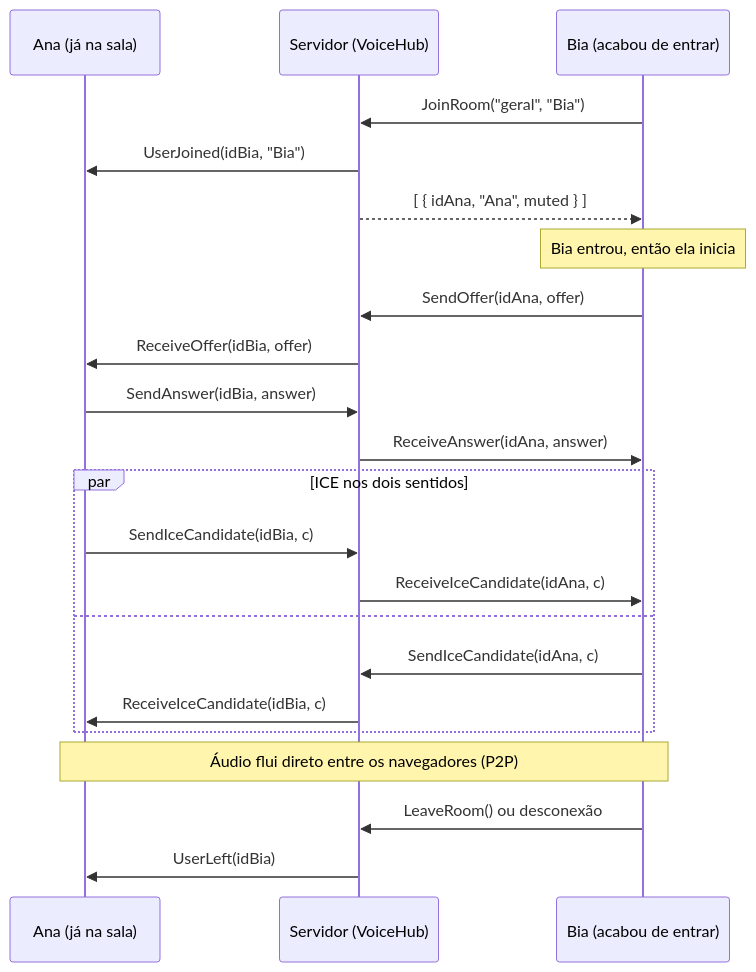
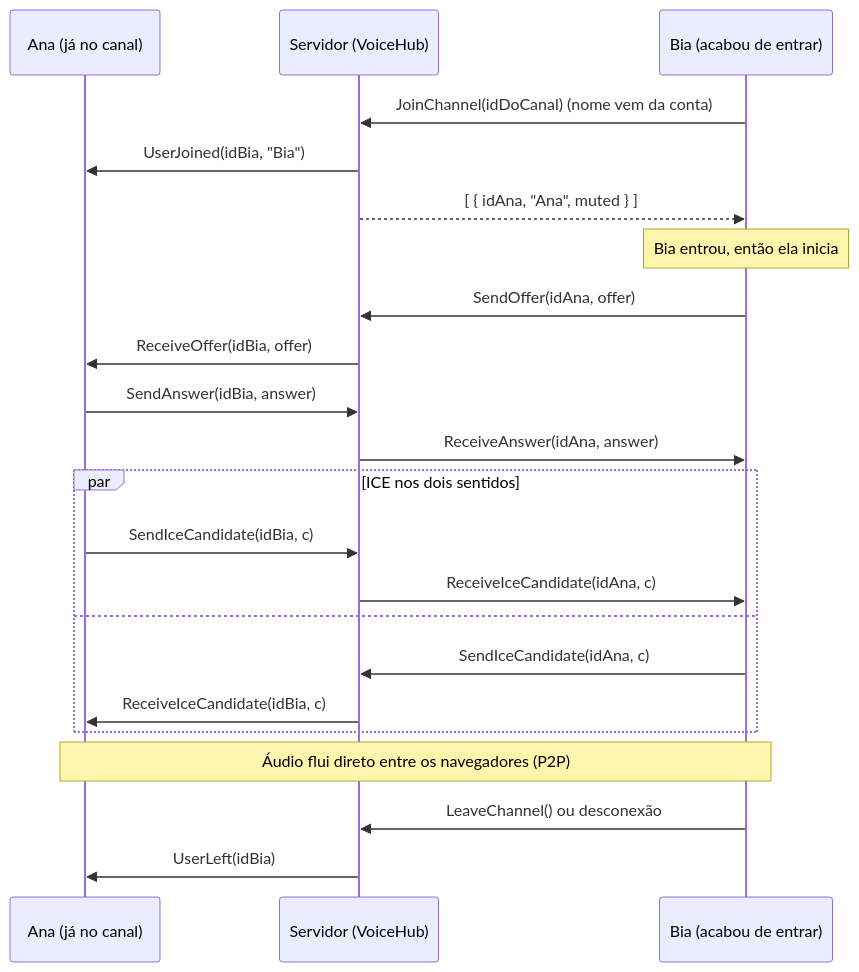
Before and after one commit to TiagoVictor/PatoQuack: the diagram in README.md, drawn with Mermaid. The commit also changed other lines of this file and 219 other files, not shown here.

````diff
--- a/README.md
+++ b/README.md
@@ -77,29 +312,29 @@
 ```mermaid
 sequenceDiagram
-    participant A as Ana (já na sala)
+    participant A as Ana (já no canal)
     participant S as Servidor (VoiceHub)
     participant B as Bia (acabou de entrar)
 
-    B->>S: JoinRoom("geral", "Bia")
+    B->>S: JoinChannel(idDoCanal) (nome vem da conta)
     S->>A: UserJoined(idBia, "Bia")
     S-->>B: [ { idAna, "Ana", muted } ]
 
     Note over B: Bia entrou, então ela inicia
     B->>S: SendOffer(idAna, offer)
     S->>A: ReceiveOffer(idBia, offer)
     A->>S: SendAnswer(idBia, answer)
     S->>B: ReceiveAnswer(idAna, answer)
 
     par ICE nos dois sentidos
         A->>S: SendIceCandidate(idBia, c)
         S->>B: ReceiveIceCandidate(idAna, c)
     and
         B->>S: SendIceCandidate(idAna, c)
         S->>A: ReceiveIceCandidate(idBia, c)
     end
 
     Note over A,B: Áudio flui direto entre os navegadores (P2P)
 
-    B->>S: LeaveRoom() ou desconexão
+    B->>S: LeaveChannel() ou desconexão
     S->>A: UserLeft(idBia)
 ```
````
